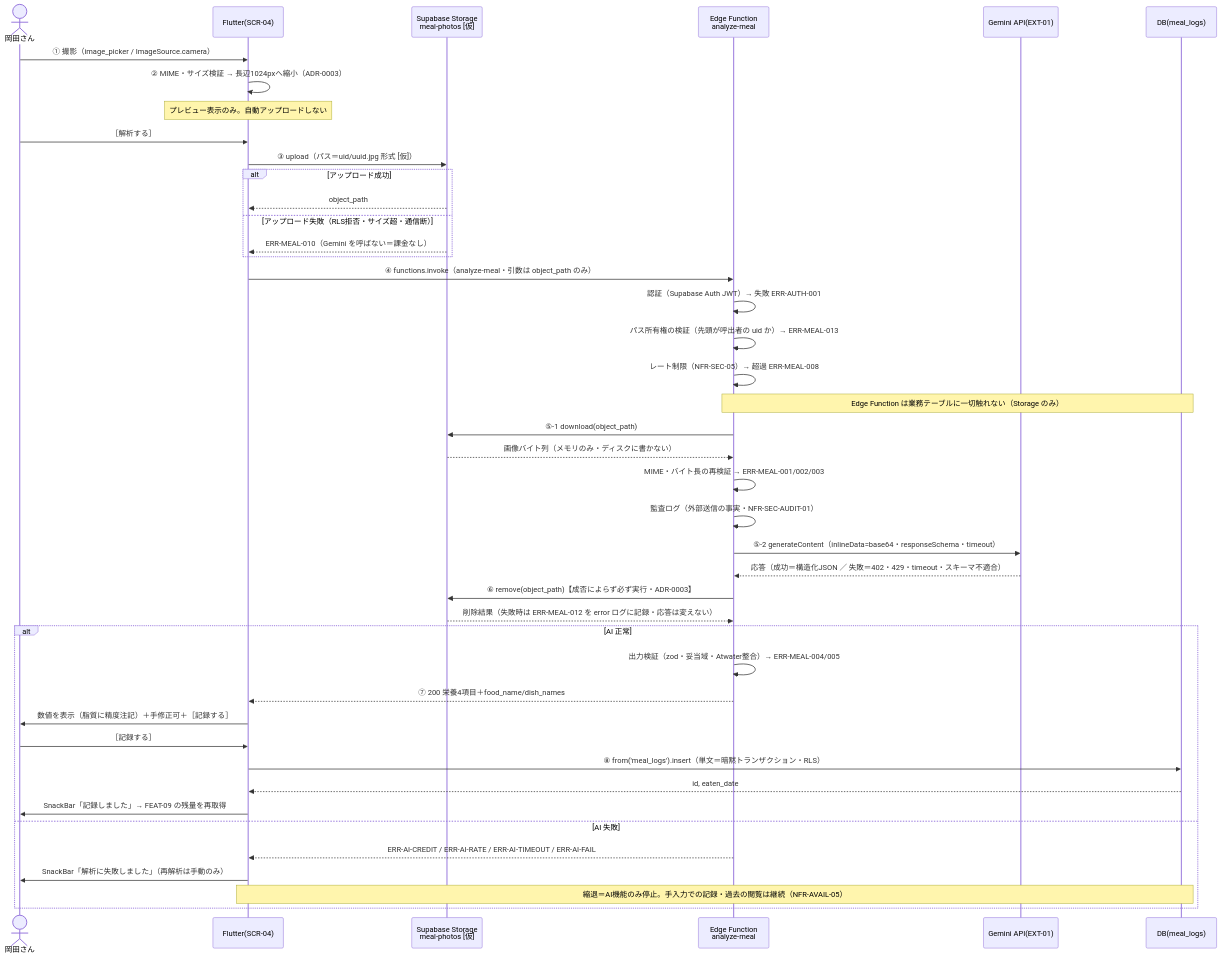
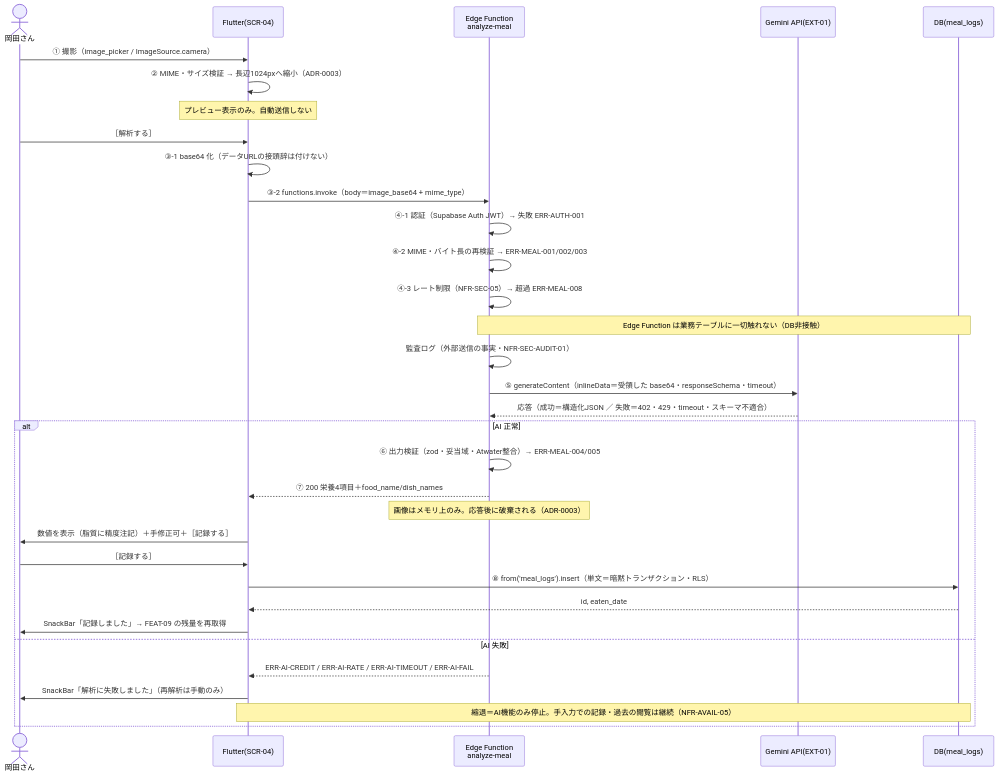
One commit to k-okada51/okada-fit changed the diagram in docs/02_設計/50_詳細設計/08_機能別詳細設計/FEAT-08_食事撮影タンパク質計算.md. Above: the diagram before and after it, drawn with Mermaid. The commit also changed other lines of this file and 7 other files, not shown here.

````diff
--- a/docs/02_設計/50_詳細設計/08_機能別詳細設計/FEAT-08_食事撮影タンパク質計算.md
+++ b/docs/02_設計/50_詳細設計/08_機能別詳細設計/FEAT-08_食事撮影タンパク質計算.md
@@ -89,46 +107,36 @@
 ```mermaid
 sequenceDiagram
   actor U as 岡田さん
   participant F as Flutter(SCR-04)
-  participant ST as Supabase Storage<br/>meal-photos [仮]
   participant EF as Edge Function<br/>analyze-meal
   participant G as Gemini API(EXT-01)
   participant D as DB(meal_logs)
 
   U->>F: ① 撮影（image_picker / ImageSource.camera）
   F->>F: ② MIME・サイズ検証 → 長辺1024pxへ縮小（ADR-0003）
-  Note over F: プレビュー表示のみ。自動アップロードしない
+  Note over F: プレビュー表示のみ。自動送信しない
   U->>F: ［解析する］
-  F->>ST: ③ upload（パス＝uid/uuid.jpg 形式 [仮]）
-  alt アップロード成功
-    ST-->>F: object_path
-  else アップロード失敗（RLS拒否・サイズ超・通信断）
-    ST-->>F: ERR-MEAL-010（Gemini を呼ばない＝課金なし）
-  end
-  F->>EF: ④ functions.invoke（analyze-meal・引数は object_path のみ）
-  EF->>EF: 認証（Supabase Auth JWT）→ 失敗 ERR-AUTH-001
-  EF->>EF: パス所有権の検証（先頭が呼出者の uid か）→ ERR-MEAL-013
-  EF->>EF: レート制限（NFR-SEC-05）→ 超過 ERR-MEAL-008
-  Note over EF,D: Edge Function は業務テーブルに一切触れない（Storage のみ）
-  EF->>ST: ⑤-1 download(object_path)
-  ST-->>EF: 画像バイト列（メモリのみ・ディスクに書かない）
-  EF->>EF: MIME・バイト長の再検証 → ERR-MEAL-001/002/003
+  F->>F: ③-1 base64 化（データURLの接頭辞は付けない）
+  F->>EF: ③-2 functions.invoke（body＝image_base64 + mime_type）
+  EF->>EF: ④-1 認証（Supabase Auth JWT）→ 失敗 ERR-AUTH-001
+  EF->>EF: ④-2 MIME・バイト長の再検証 → ERR-MEAL-001/002/003
+  EF->>EF: ④-3 レート制限（NFR-SEC-05）→ 超過 ERR-MEAL-008
+  Note over EF,D: Edge Function は業務テーブルに一切触れない（DB非接触）
   EF->>EF: 監査ログ（外部送信の事実・NFR-SEC-AUDIT-01）
-  EF->>G: ⑤-2 generateContent（inlineData=base64・responseSchema・timeout）
+  EF->>G: ⑤ generateContent（inlineData＝受領した base64・responseSchema・timeout）
   G-->>EF: 応答（成功＝構造化JSON ／ 失敗＝402・429・timeout・スキーマ不適合）
-  EF->>ST: ⑥ remove(object_path)【成否によらず必ず実行・ADR-0003】
-  ST-->>EF: 削除結果（失敗時は ERR-MEAL-012 を error ログに記録・応答は変えない）
   alt AI 正常
-    EF->>EF: 出力検証（zod・妥当域・Atwater整合）→ ERR-MEAL-004/005
+    EF->>EF: ⑥ 出力検証（zod・妥当域・Atwater整合）→ ERR-MEAL-004/005
     EF-->>F: ⑦ 200 栄養4項目＋food_name/dish_names
+    Note over EF: 画像はメモリ上のみ。応答後に破棄される（ADR-0003）
     F->>U: 数値を表示（脂質に精度注記）＋手修正可＋［記録する］
     U->>F: ［記録する］
     F->>D: ⑧ from('meal_logs').insert（単文＝暗黙トランザクション・RLS）
     D-->>F: id, eaten_date
     F->>U: SnackBar「記録しました」→ FEAT-09 の残量を再取得
   else AI 失敗
     EF-->>F: ERR-AI-CREDIT / ERR-AI-RATE / ERR-AI-TIMEOUT / ERR-AI-FAIL
     F->>U: SnackBar「解析に失敗しました」（再解析は手動のみ）
     Note over F,D: 縮退＝AI機能のみ停止。手入力での記録・過去の閲覧は継続（NFR-AVAIL-05）
   end
 ```
````
